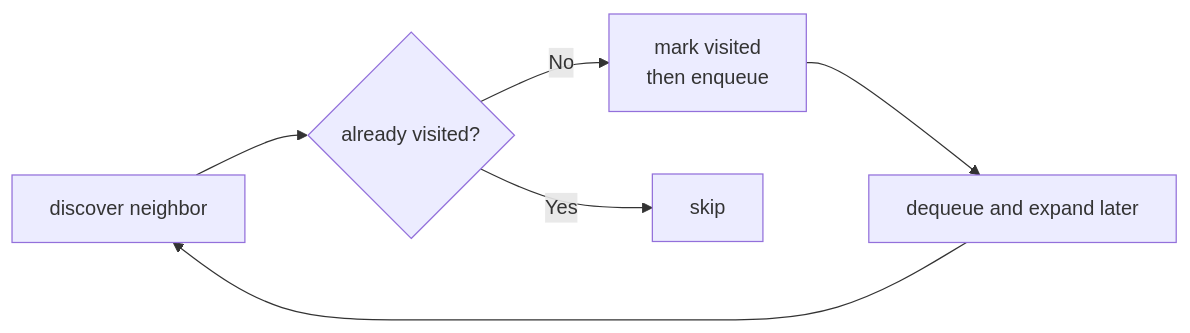
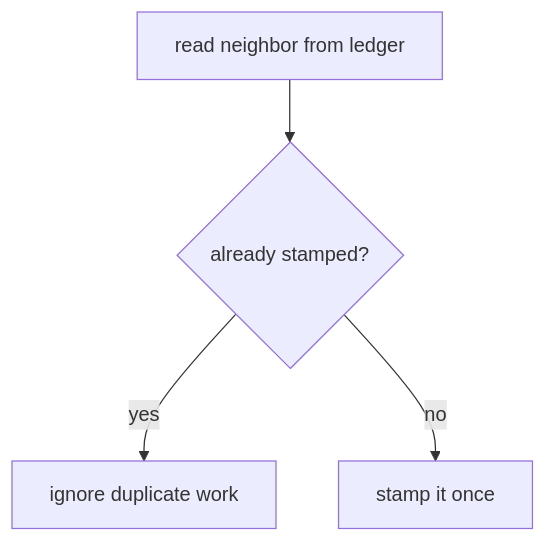
One commit to snesjhon/thinkdeep changed the third of 9 diagrams in src/app/dsa/fundamentals/graphs/graphs-fundamentals.md. Above: the diagram before and after it, drawn with Mermaid. The commit also changed other lines of this file and 40 other files, not shown here.

Commit message:
dsa: add graphs and dfs

````diff
--- a/src/app/dsa/fundamentals/graphs/graphs-fundamentals.md
+++ b/src/app/dsa/fundamentals/graphs/graphs-fundamentals.md
@@ -48,8 +64,6 @@
 ```mermaid
-graph LR
-    Discover["discover neighbor"] --> Check{already visited?}
-    Check -- No --> Mark["mark visited\nthen enqueue"]
-    Check -- Yes --> Skip["skip"]
-    Mark --> Process["dequeue and expand later"]
-    Process --> Discover
+graph TD
+    Neighbor["read neighbor from ledger"] --> Seen{"already stamped?"}
+    Seen -- yes --> Skip["ignore duplicate work"]
+    Seen -- no --> Mark["stamp it once"]
 ```
````
